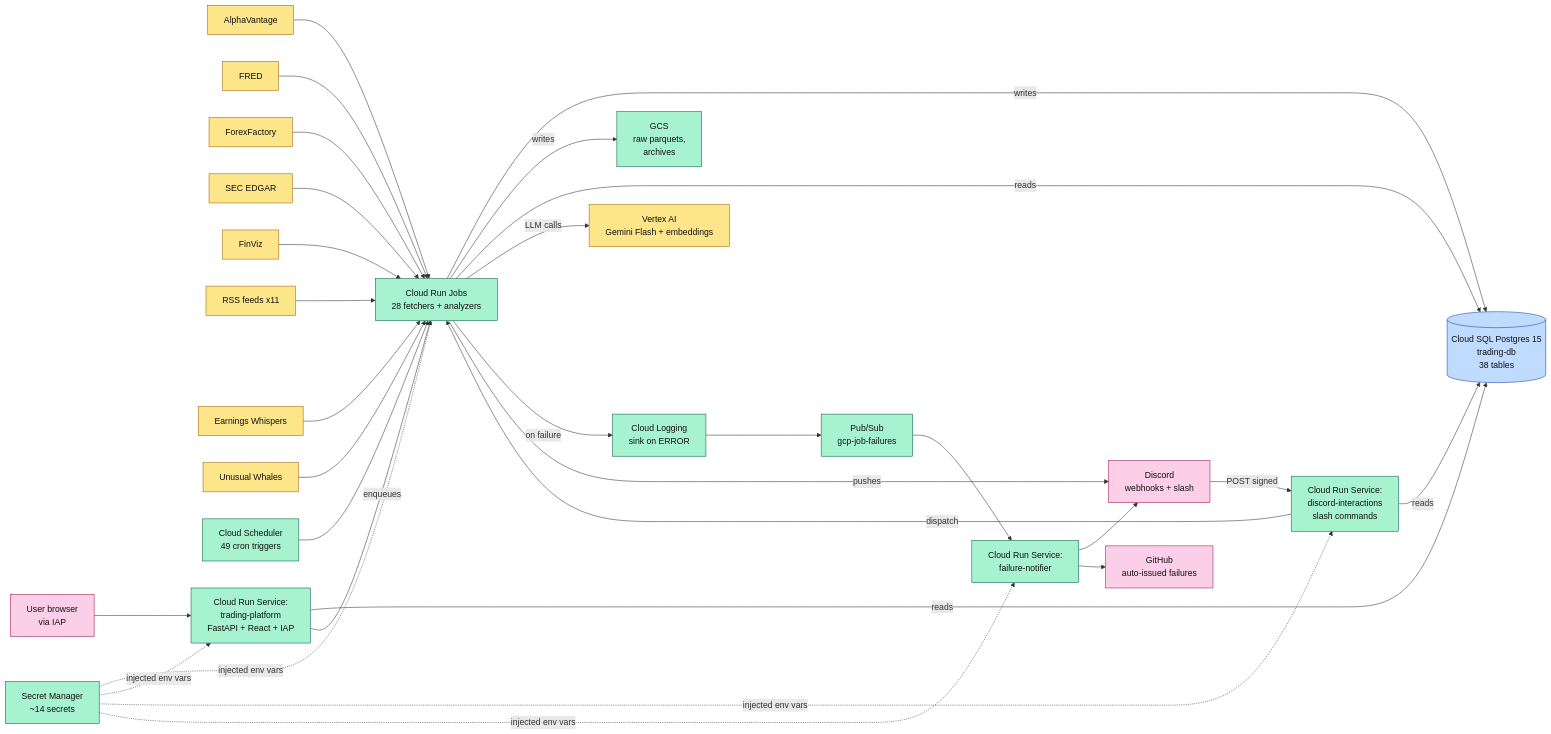
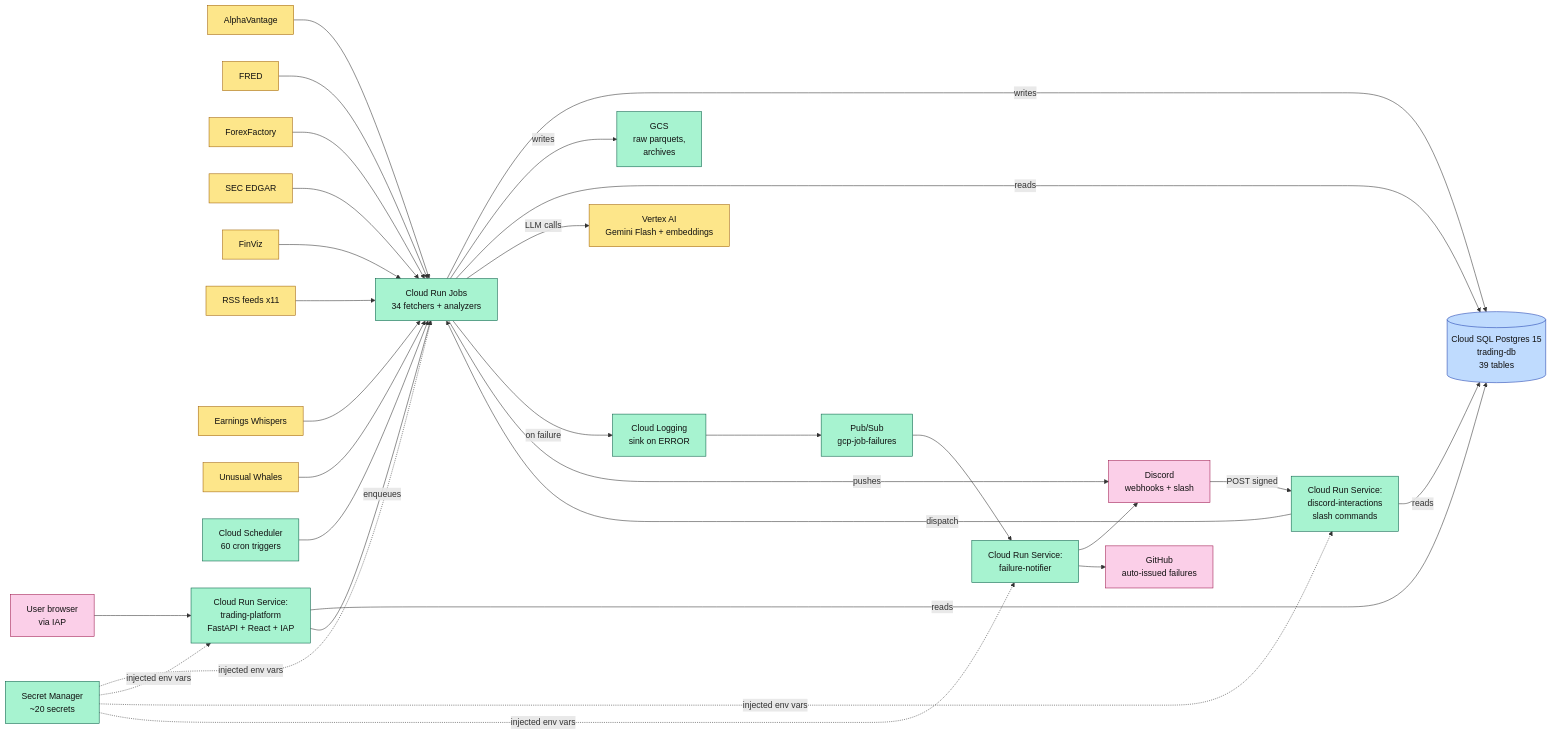
Before and after one commit to TeneikaAskew/stocks: the first of 9 diagrams in docs/GCP_ARCHITECTURE.md, drawn with Mermaid. The commit also changed other lines of this file, not shown here.

First line of the commit message:
docs: comprehensive staleness refresh of GCP_ARCHITECTURE.md

````diff
--- a/docs/GCP_ARCHITECTURE.md
+++ b/docs/GCP_ARCHITECTURE.md
@@ -52,56 +52,56 @@
 ```mermaid
 flowchart LR
     classDef ext fill:#fde68a,stroke:#a16207,color:#111
     classDef gcp fill:#a7f3d0,stroke:#065f46,color:#111
     classDef db  fill:#bfdbfe,stroke:#1e40af,color:#111
     classDef out fill:#fbcfe8,stroke:#9d174d,color:#111
 
     AV[AlphaVantage]:::ext
     FRED[FRED]:::ext
     FF[ForexFactory]:::ext
     EDGAR[SEC EDGAR]:::ext
     FV[FinViz]:::ext
     RSS[RSS feeds x11]:::ext
     EW[Earnings Whispers]:::ext
     UW[Unusual Whales]:::ext
 
-    SCH[Cloud Scheduler<br/>49 cron triggers]:::gcp
-    JOBS[Cloud Run Jobs<br/>28 fetchers + analyzers]:::gcp
+    SCH[Cloud Scheduler<br/>60 cron triggers]:::gcp
+    JOBS[Cloud Run Jobs<br/>34 fetchers + analyzers]:::gcp
     SVC1[Cloud Run Service:<br/>trading-platform<br/>FastAPI + React + IAP]:::gcp
     SVC2[Cloud Run Service:<br/>discord-interactions<br/>slash commands]:::gcp
     SVC3[Cloud Run Service:<br/>failure-notifier]:::gcp
     GCS[GCS<br/>raw parquets,<br/>archives]:::gcp
-    SQL[(Cloud SQL Postgres 15<br/>trading-db<br/>38 tables)]:::db
-    SECR[Secret Manager<br/>~14 secrets]:::gcp
+    SQL[(Cloud SQL Postgres 15<br/>trading-db<br/>39 tables)]:::db
+    SECR[Secret Manager<br/>~20 secrets]:::gcp
     PS[Pub/Sub<br/>gcp-job-failures]:::gcp
     LG[Cloud Logging<br/>sink on ERROR]:::gcp
     VAI[Vertex AI<br/>Gemini Flash + embeddings]:::ext
 
     DSC[Discord<br/>webhooks + slash]:::out
     GH[GitHub<br/>auto-issued failures]:::out
     USR[User browser<br/>via IAP]:::out
 
     AV & FRED & FF & EDGAR & FV & RSS & EW & UW --> JOBS
     SCH --> JOBS
     JOBS -- writes --> SQL
     JOBS -- writes --> GCS
     JOBS -- reads --> SQL
     JOBS -- LLM calls --> VAI
 
     USR --> SVC1
     SVC1 -- reads --> SQL
     SVC1 -- enqueues --> JOBS
 
     DSC -- POST signed --> SVC2
     SVC2 -- dispatch --> JOBS
     SVC2 -- reads --> SQL
 
     JOBS -- on failure --> LG
     LG --> PS
     PS --> SVC3
     SVC3 --> DSC
     SVC3 --> GH
 
     JOBS -- pushes --> DSC
     SECR -. injected env vars .-> JOBS & SVC1 & SVC2 & SVC3
 ```
````
